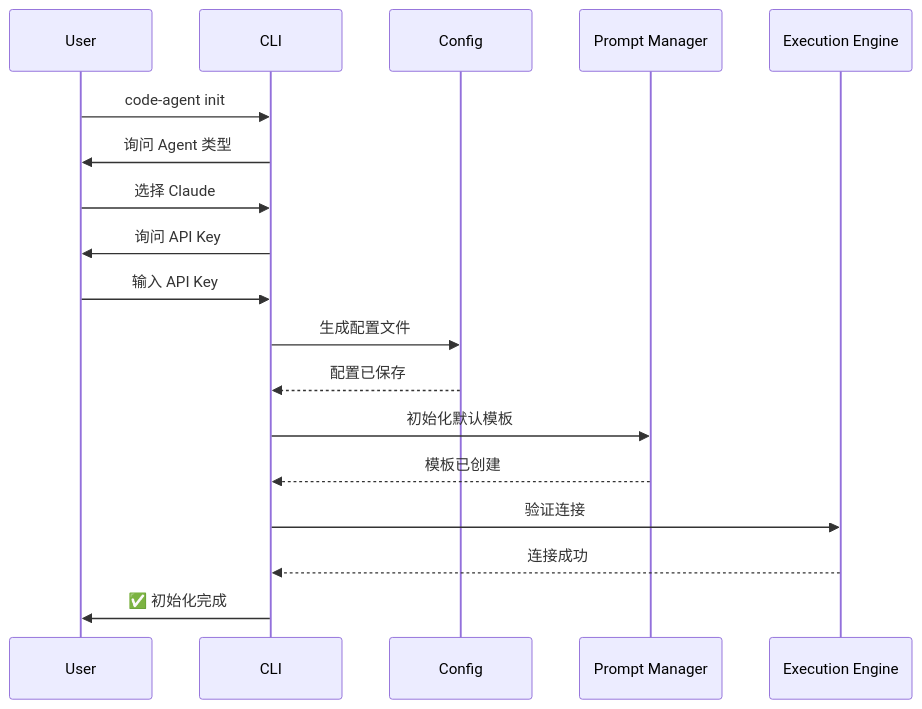
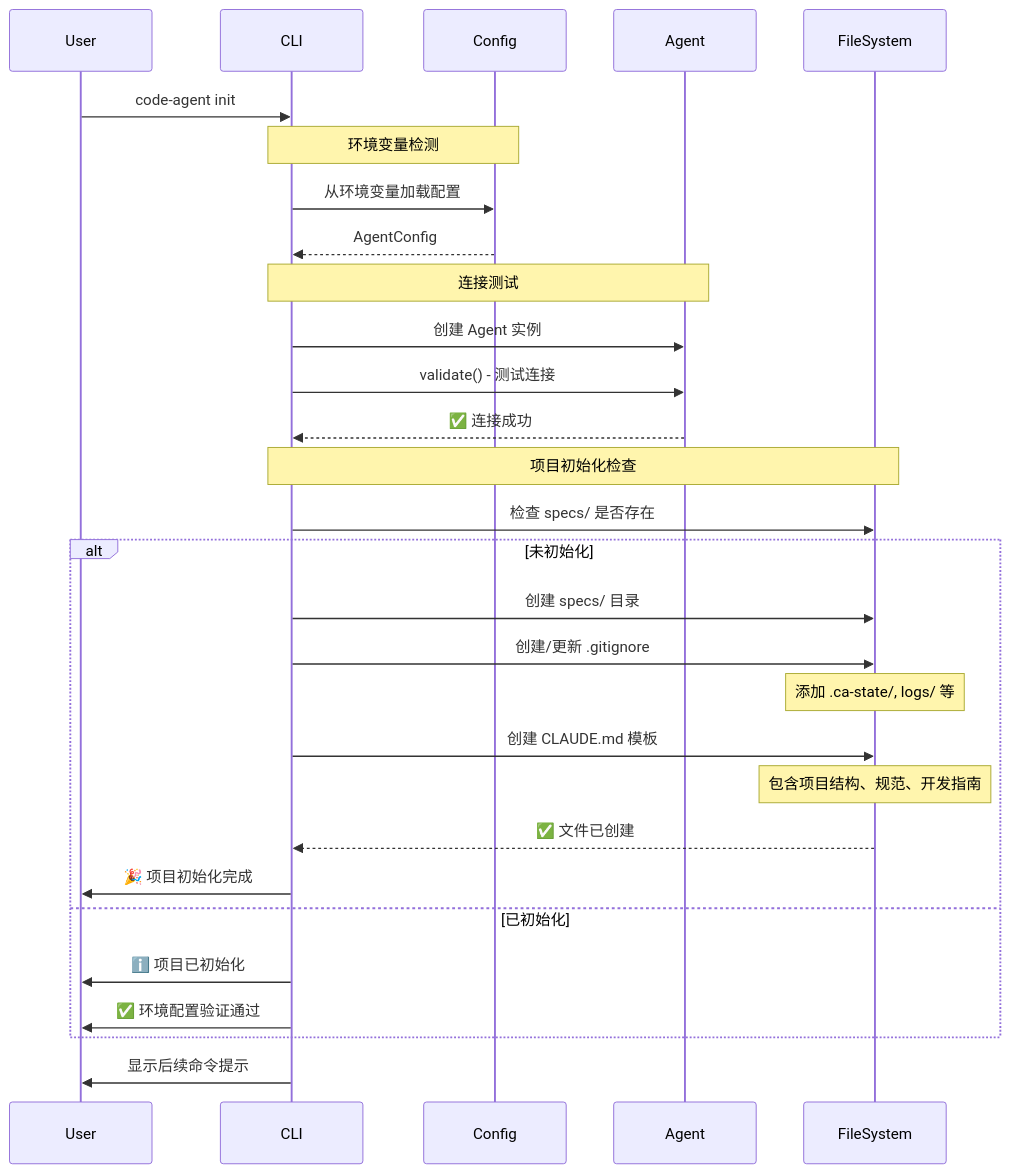
The second of 5 diagrams in instructions/Week8/design.md (ZenRay/VibeCoding), drawn with Mermaid before and after one commit. The commit also changed other lines of this file and 10 other files, not shown here.

````diff
--- a/instructions/Week8/design.md
+++ b/instructions/Week8/design.md
@@ -535,25 +740,39 @@
 ```mermaid
 sequenceDiagram
     participant User
     participant CLI
     participant Config
-    participant PM as Prompt Manager
-    participant Core as Execution Engine
+    participant Agent
+    participant FileSystem
 
     User->>CLI: code-agent init
-    CLI->>User: 询问 Agent 类型
-    User->>CLI: 选择 Claude
-    CLI->>User: 询问 API Key
-    User->>CLI: 输入 API Key
     
-    CLI->>Config: 生成配置文件
-    Config-->>CLI: 配置已保存
+    Note over CLI,Config: 环境变量检测
+    CLI->>Config: 从环境变量加载配置
+    Config-->>CLI: AgentConfig
     
-    CLI->>PM: 初始化默认模板
-    PM-->>CLI: 模板已创建
+    Note over CLI,Agent: 连接测试
+    CLI->>Agent: 创建 Agent 实例
+    CLI->>Agent: validate() - 测试连接
+    Agent-->>CLI: ✅ 连接成功
     
-    CLI->>Core: 验证连接
-    Core-->>CLI: 连接成功
+    Note over CLI,FileSystem: 项目初始化检查
+    CLI->>FileSystem: 检查 specs/ 是否存在
     
-    CLI->>User: ✅ 初始化完成
+    alt 未初始化
+        CLI->>FileSystem: 创建 specs/ 目录
+        CLI->>FileSystem: 创建/更新 .gitignore
+        Note over FileSystem: 添加 .ca-state/, logs/ 等
+        
+        CLI->>FileSystem: 创建 CLAUDE.md 模板
+        Note over FileSystem: 包含项目结构、规范、开发指南
+        
+        FileSystem-->>CLI: ✅ 文件已创建
+        CLI->>User: 🎉 项目初始化完成
+    else 已初始化
+        CLI->>User: ℹ️  项目已初始化
+        CLI->>User: ✅ 环境配置验证通过
+    end
+    
+    CLI->>User: 显示后续命令提示
 ```
````
